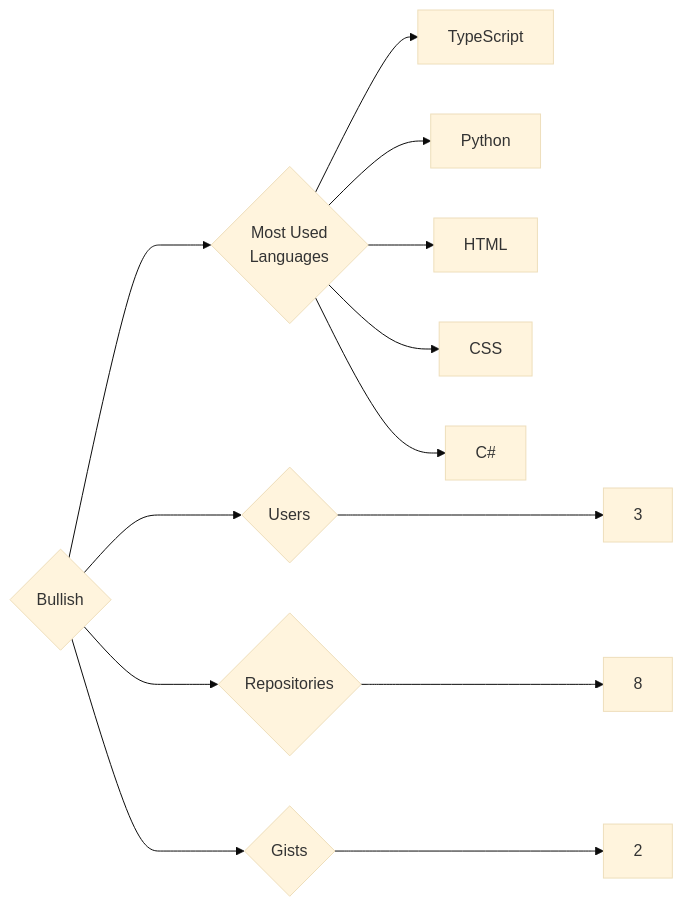
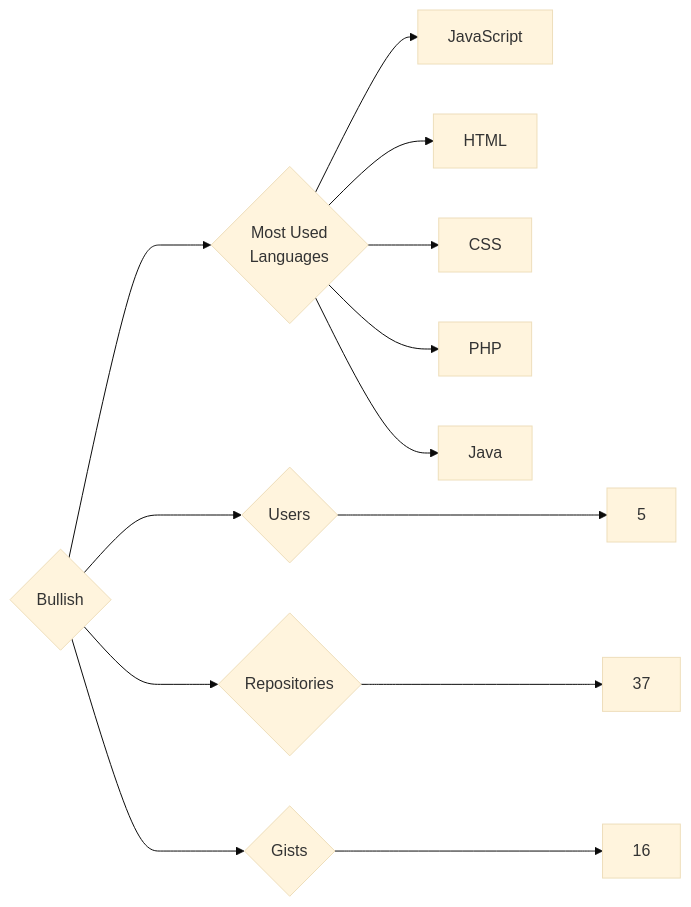
One commit to trickest/insiders changed the diagram in targets/Bullish/README.md. Above: the diagram before and after it, drawn with Mermaid (base theme). The commit also changed 993 other files, not shown here.

````diff
--- a/targets/Bullish/README.md
+++ b/targets/Bullish/README.md
@@ -3,13 +3,13 @@
 ```mermaid
 graph LR
 COMPANY_NAME{Bullish}
-COMPANY_NAME ---> U{Users} ---> UN[3]
-COMPANY_NAME ---> R{Repositories} ---> RN[8]
-COMPANY_NAME ---> G{Gists} ---> GN[2]
+COMPANY_NAME ---> U{Users} ---> UN[5]
+COMPANY_NAME ---> R{Repositories} ---> RN[37]
+COMPANY_NAME ---> G{Gists} ---> GN[16]
 COMPANY_NAME ---> ML{Most Used<br>Languages}
-ML --> TypeScript[TypeScript]
-ML --> Python[Python]
+ML --> JavaScript[JavaScript]
 ML --> HTML[HTML]
 ML --> CSS[CSS]
-ML --> C#[C#]
+ML --> PHP[PHP]
+ML --> Java[Java]
 ```
````
